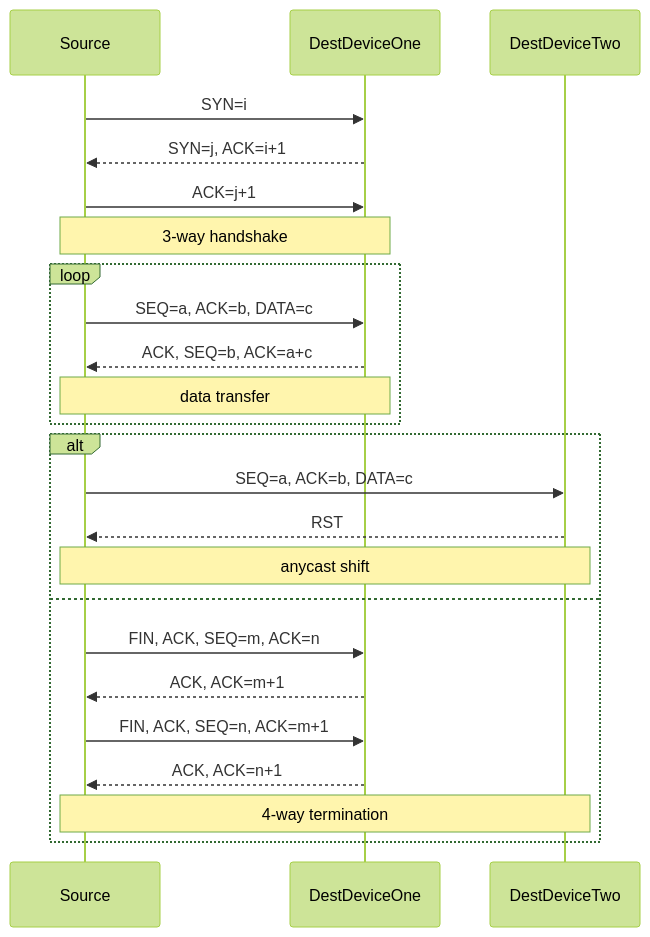
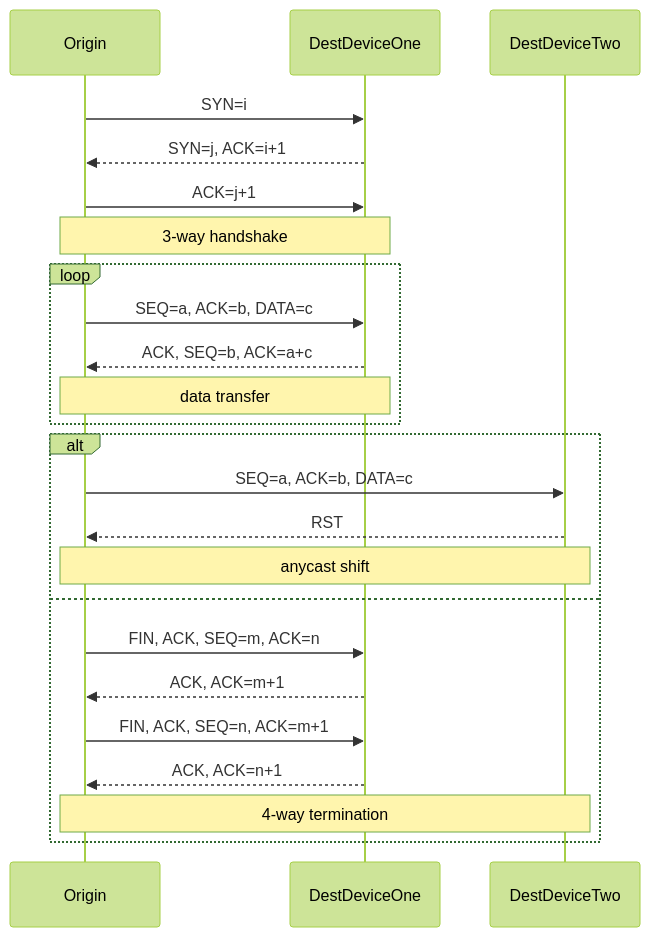
Before and after one commit to Cori1109/Cori1109.github.io: the diagram in content/post/tcp-anycast-shift.md, drawn with Mermaid (forest theme). The commit also changed other lines of this file, not shown here.

````diff
--- a/content/post/tcp-anycast-shift.md
+++ b/content/post/tcp-anycast-shift.md
@@ -32,29 +32,29 @@
 ```mermaid
 sequenceDiagram
-    participant Source
+    participant Origin
     participant DestDeviceOne
     participant DestDeviceTwo
 
-    Source->>DestDeviceOne: SYN=i
-    DestDeviceOne-->>Source: SYN=j, ACK=i+1
-    Source->>DestDeviceOne: ACK=j+1
-    Note over Source,DestDeviceOne: 3-way handshake
+    Origin->>DestDeviceOne: SYN=i
+    DestDeviceOne-->>Origin: SYN=j, ACK=i+1
+    Origin->>DestDeviceOne: ACK=j+1
+    Note over Origin,DestDeviceOne: 3-way handshake
 
     loop
-      Source->>DestDeviceOne: SEQ=a, ACK=b, DATA=c
-      DestDeviceOne-->>Source: ACK, SEQ=b, ACK=a+c
-      Note over Source,DestDeviceOne: data transfer
+      Origin->>DestDeviceOne: SEQ=a, ACK=b, DATA=c
+      DestDeviceOne-->>Origin: ACK, SEQ=b, ACK=a+c
+      Note over Origin,DestDeviceOne: data transfer
     end
 
     alt
-      Source->>DestDeviceTwo: SEQ=a, ACK=b, DATA=c
-      DestDeviceTwo-->>Source: RST
-      Note over Source,DestDeviceTwo: anycast shift
+      Origin->>DestDeviceTwo: SEQ=a, ACK=b, DATA=c
+      DestDeviceTwo-->>Origin: RST
+      Note over Origin,DestDeviceTwo: anycast shift
     else
-      Source->>DestDeviceOne: FIN, ACK, SEQ=m, ACK=n
-      DestDeviceOne-->>Source: ACK, ACK=m+1
-      Source->>DestDeviceOne: FIN, ACK, SEQ=n, ACK=m+1
-      DestDeviceOne-->>Source: ACK, ACK=n+1
-      Note over Source,DestDeviceTwo: 4-way termination
+      Origin->>DestDeviceOne: FIN, ACK, SEQ=m, ACK=n
+      DestDeviceOne-->>Origin: ACK, ACK=m+1
+      Origin->>DestDeviceOne: FIN, ACK, SEQ=n, ACK=m+1
+      DestDeviceOne-->>Origin: ACK, ACK=n+1
+      Note over Origin,DestDeviceTwo: 4-way termination
     end
 ```
````
